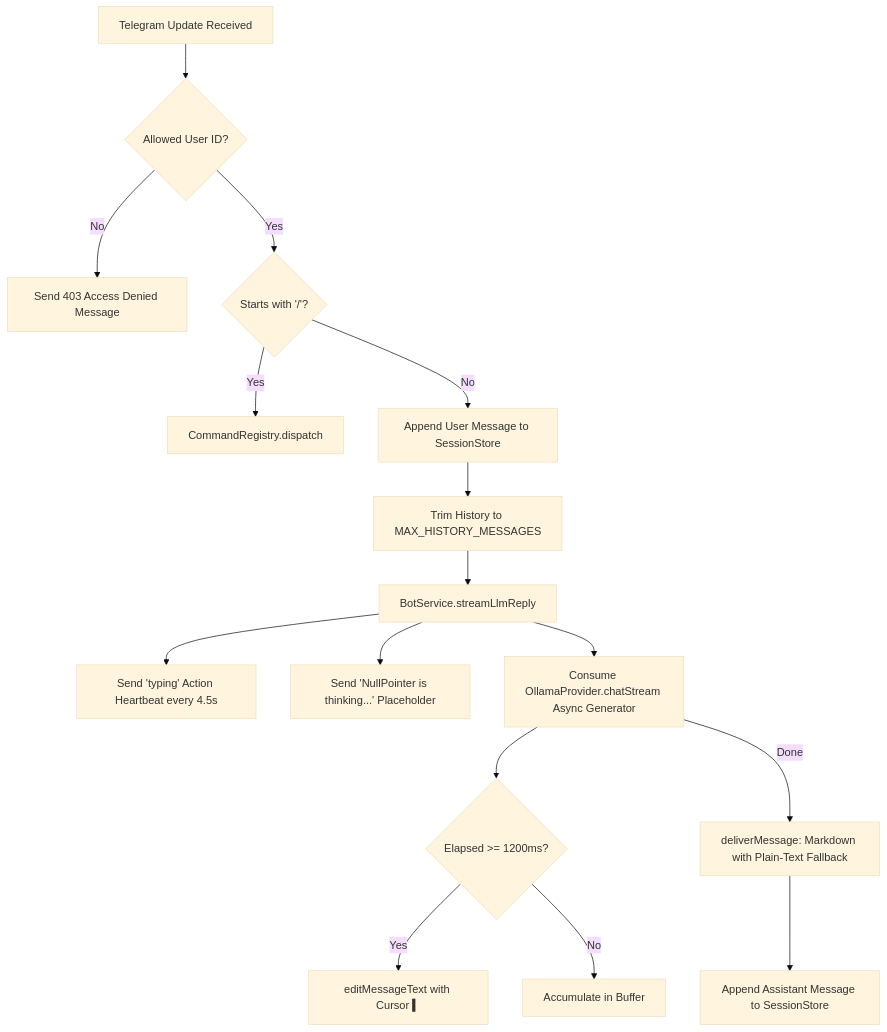
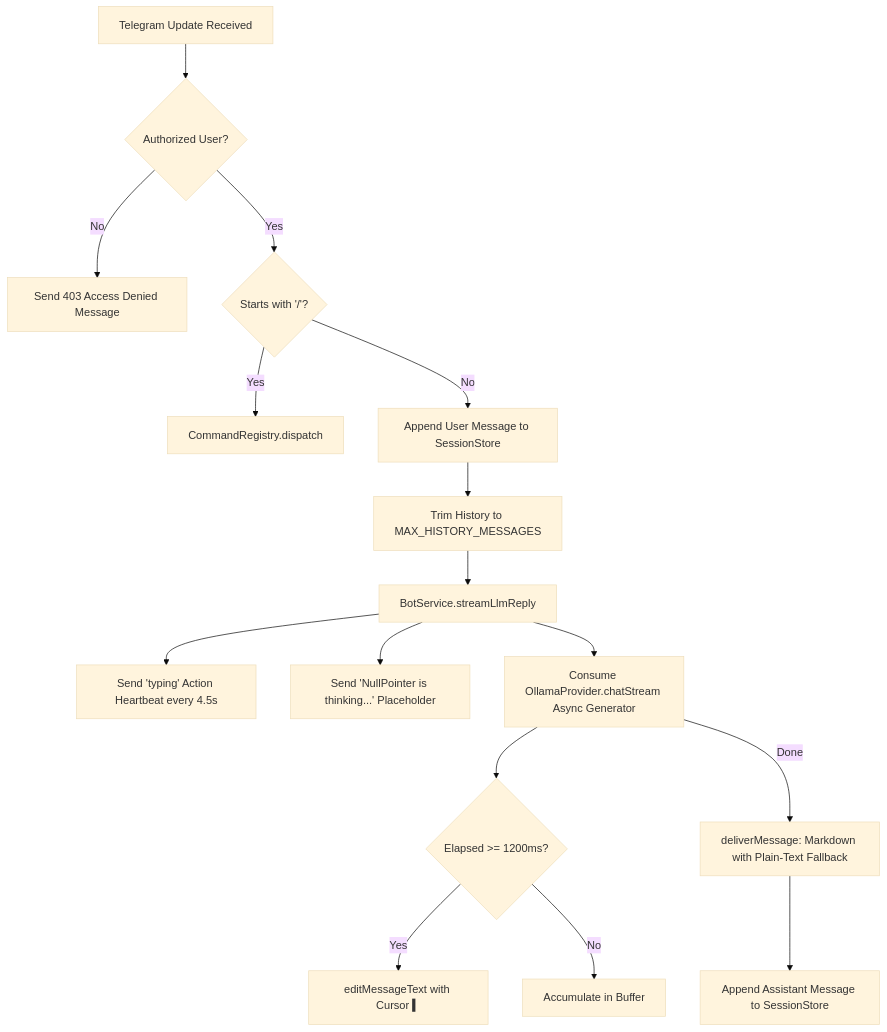
One commit to imshawan/nullptr-tg-bot-service changed the diagram in .agents/skills/telegram-llm-streaming/SKILL.md. Above: the diagram before and after it, drawn with Mermaid (base theme). The commit also changed other lines of this file and 6 other files, not shown here.

````diff
--- a/.agents/skills/telegram-llm-streaming/SKILL.md
+++ b/.agents/skills/telegram-llm-streaming/SKILL.md
@@ -37,18 +37,18 @@
 ```mermaid
 flowchart TD
-    Update[Telegram Update Received] --> Auth{Allowed User ID?}
+    Update[Telegram Update Received] --> Auth{Authorized User?}
     Auth -- No --> Deny[Send 403 Access Denied Message]
     Auth -- Yes --> IsCommand{Starts with '/'?}
     IsCommand -- Yes --> Dispatch[CommandRegistry.dispatch]
     IsCommand -- No --> Session[Append User Message to SessionStore]
     Session --> Trim[Trim History to MAX_HISTORY_MESSAGES]
     Trim --> Stream[BotService.streamLlmReply]
     Stream --> Heartbeat[Send 'typing' Action Heartbeat every 4.5s]
     Stream --> Placeholder[Send 'NullPointer is thinking...' Placeholder]
     Stream --> Consume[Consume OllamaProvider.chatStream Async Generator]
     Consume --> Throttle{Elapsed >= 1200ms?}
     Throttle -- Yes --> Edit[editMessageText with Cursor ▍]
     Throttle -- No --> Buffer[Accumulate in Buffer]
     Consume -- Done --> FinalDelivery[deliverMessage: Markdown with Plain-Text Fallback]
     FinalDelivery --> AppendAssistant[Append Assistant Message to SessionStore]
 ```
````
